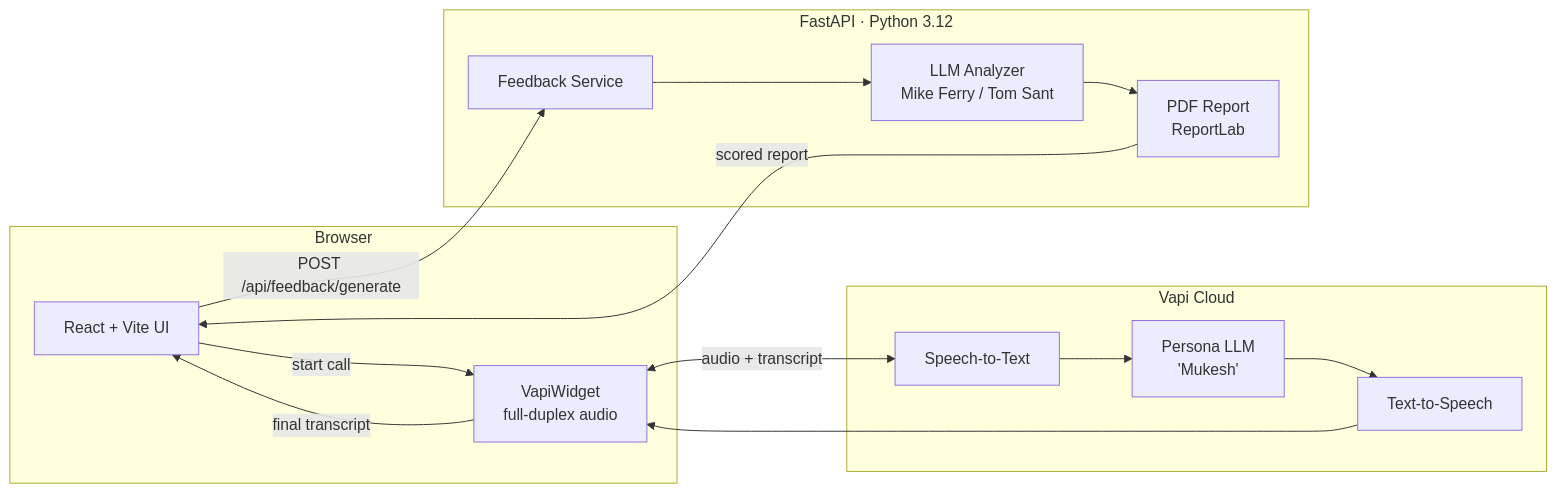
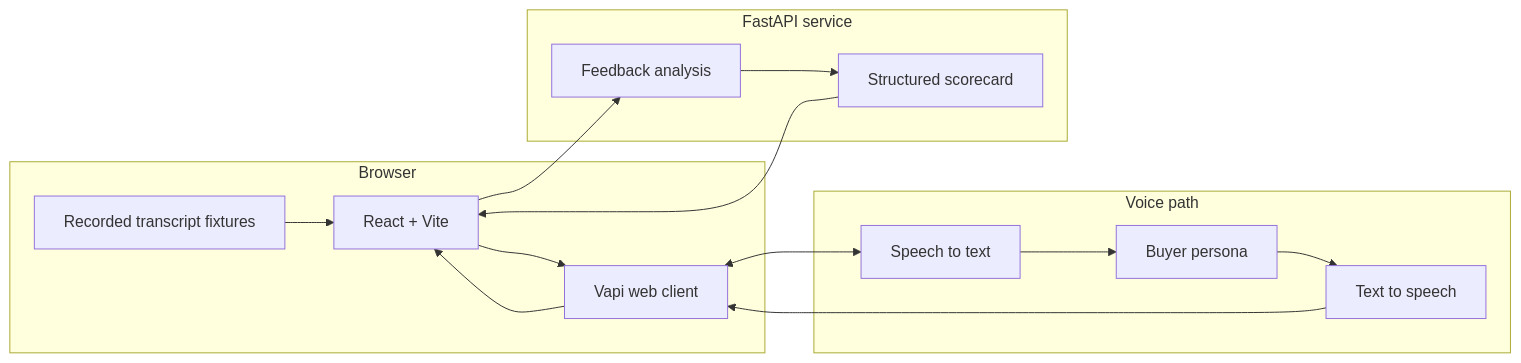
Before and after one commit to Kazemkhani/sell-the-pen-ai: the diagram in README.md, drawn with Mermaid. The commit also changed other lines of this file and 42 other files, not shown here.

````diff
--- a/README.md
+++ b/README.md
@@ -56,27 +45,24 @@
 ```mermaid
 flowchart LR
     subgraph Browser
-        UI[React + Vite UI]
-        Widget[VapiWidget<br/>full-duplex audio]
+        UI[React + Vite]
+        Voice[Vapi web client]
+        Replay[Recorded transcript fixtures]
     end
 
-    subgraph Vapi Cloud
-        STT[Speech-to-Text]
-        LLM1[Persona LLM<br/>'Mukesh']
-        TTS[Text-to-Speech]
+    subgraph VoiceCloud[Voice path]
+        STT[Speech to text]
+        Buyer[Buyer persona]
+        TTS[Text to speech]
     end
 
-    subgraph Backend [FastAPI · Python 3.12]
-        Feedback[Feedback Service]
-        Analyzer[LLM Analyzer<br/>Mike Ferry / Tom Sant]
-        Report[PDF Report<br/>ReportLab]
+    subgraph API[FastAPI service]
+        Score[Feedback analysis]
+        Report[Structured scorecard]
     end
 
-    UI -- "start call" --> Widget
-    Widget <-- "audio + transcript" --> STT
-    STT --> LLM1 --> TTS --> Widget
-    Widget -- "final transcript" --> UI
-    UI -- "POST /api/feedback/generate" --> Feedback
-    Feedback --> Analyzer --> Report
-    Report -- "scored report" --> UI
+    UI --> Voice
+    Voice <--> STT --> Buyer --> TTS --> Voice
+    Replay --> UI
+    Voice --> UI --> Score --> Report --> UI
 ```
````
